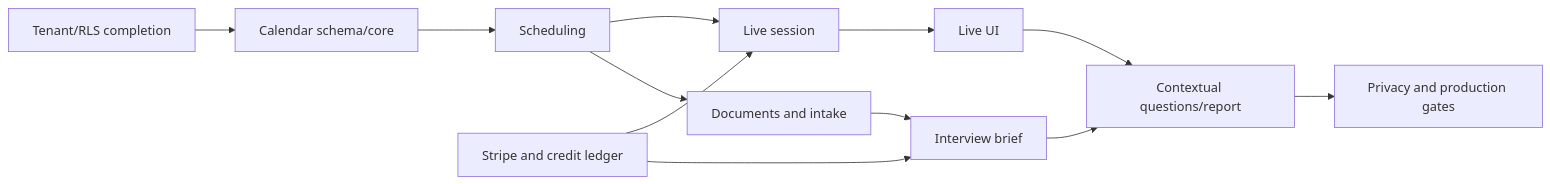
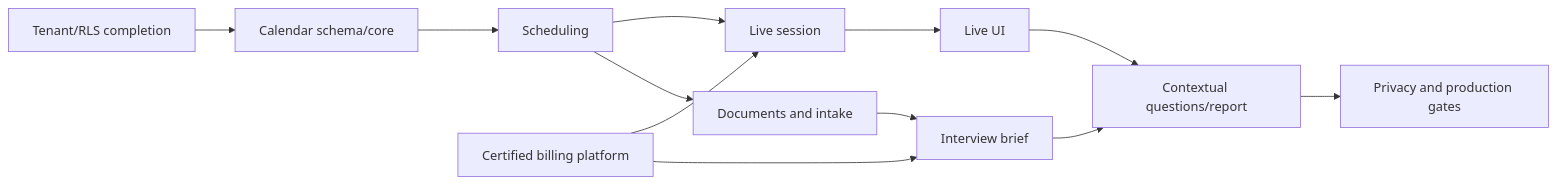
Before and after one commit to eddremonts86/builderhunt: the diagram in plans/calendar-scheduling-interview-intelligence/plan.md, drawn with Mermaid. The commit also changed other lines of this file and 14 other files, not shown here.

Commit message:
docs: add Stripe billing implementation plan

````diff
--- a/plans/calendar-scheduling-interview-intelligence/plan.md
+++ b/plans/calendar-scheduling-interview-intelligence/plan.md
@@ -216,14 +214,14 @@
 ```mermaid
 flowchart LR
     A[Tenant/RLS completion] --> B[Calendar schema/core]
     B --> C[Scheduling]
     C --> D[Documents and intake]
     D --> F[Interview brief]
-    E[Stripe and credit ledger] --> F
+    E[Certified billing platform] --> F
     E --> G[Live session]
     C --> G
     G --> H[Live UI]
     F --> I[Contextual questions/report]
     H --> I
     I --> J[Privacy and production gates]
 ```
````
